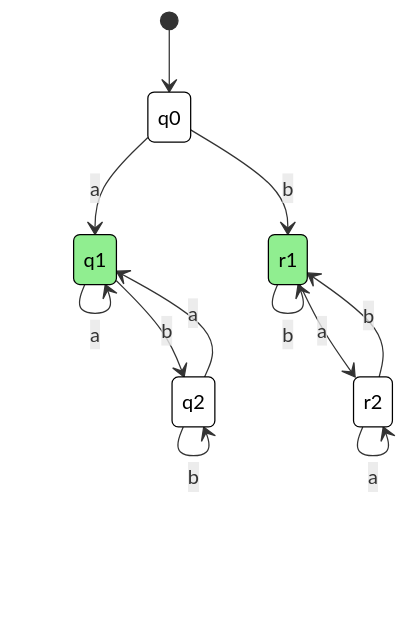
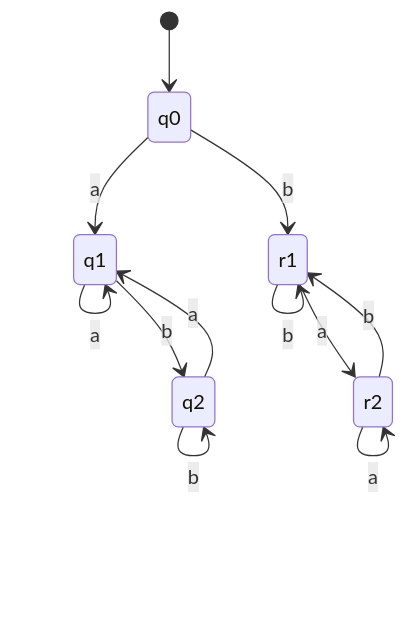
One commit to NicolaiDybro/aaunotes changed the first of 5 diagrams in 4. semester/SS/Exercises/Lecture 2.md. Above: the diagram before and after it, drawn with Mermaid. The commit also changed other lines of this file and 3 other files, not shown here.

````diff
--- a/4. semester/SS/Exercises/Lecture 2.md
+++ b/4. semester/SS/Exercises/Lecture 2.md
@@ -32,24 +32,27 @@
 ```mermaid
 stateDiagram-v2
+
     [*] --> q0
+
     state q0 (q0)
     state q1 (q1) #green
     state q2 (q2)
     state r1 (r1) #green
     state r2 (r2)
+
     q0 --> q1: a
     q0 --> r1: b
+
     q1 --> q1: a
     q1 --> q2: b
+
     q2 --> q1: a
     q2 --> q2: b
+
     r1 --> r2: a
     r1 --> r1: b
+
     r2 --> r2: a
     r2 --> r1: b
-    style q0 fill:#fff,stroke:#000,color:#000
-    style q1 fill:#90ee90,stroke:#000,color:#000
-    style q2 fill:#fff,stroke:#000,color:#000
-    style r1 fill:#90ee90,stroke:#000,color:#000
-    style r2 fill:#fff,stroke:#000,color:#000
+
 ```
````
